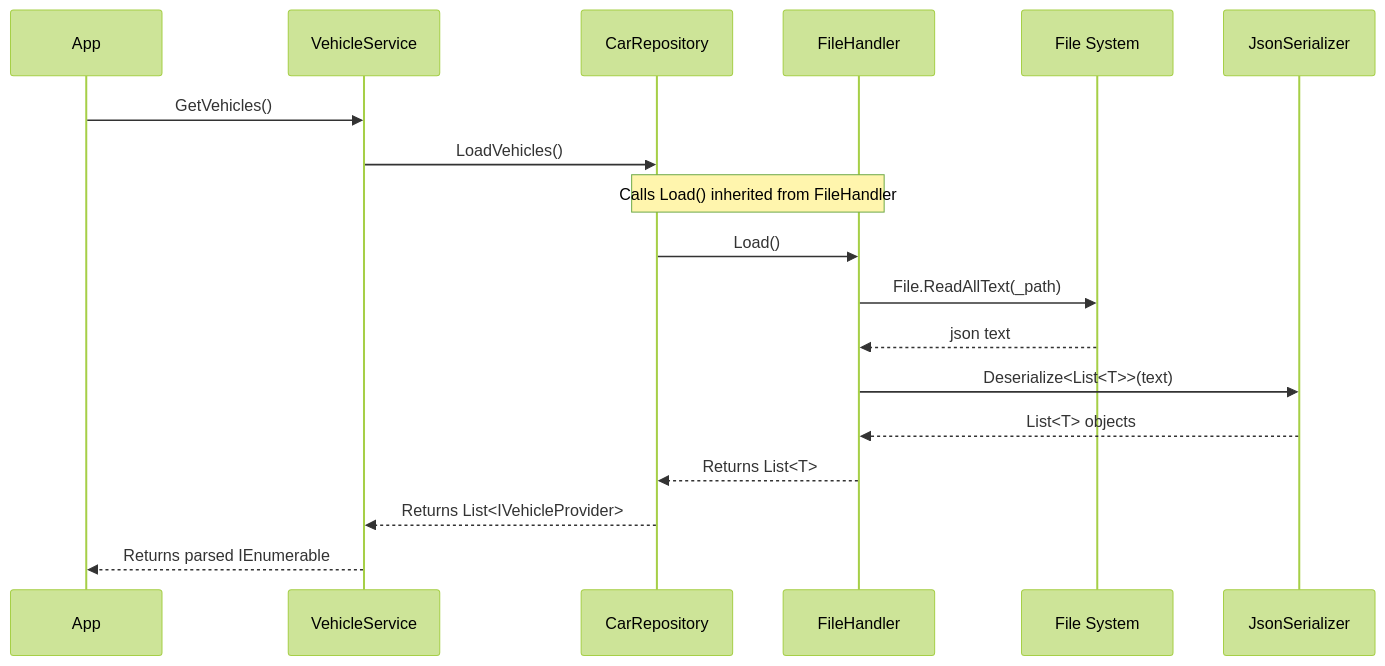
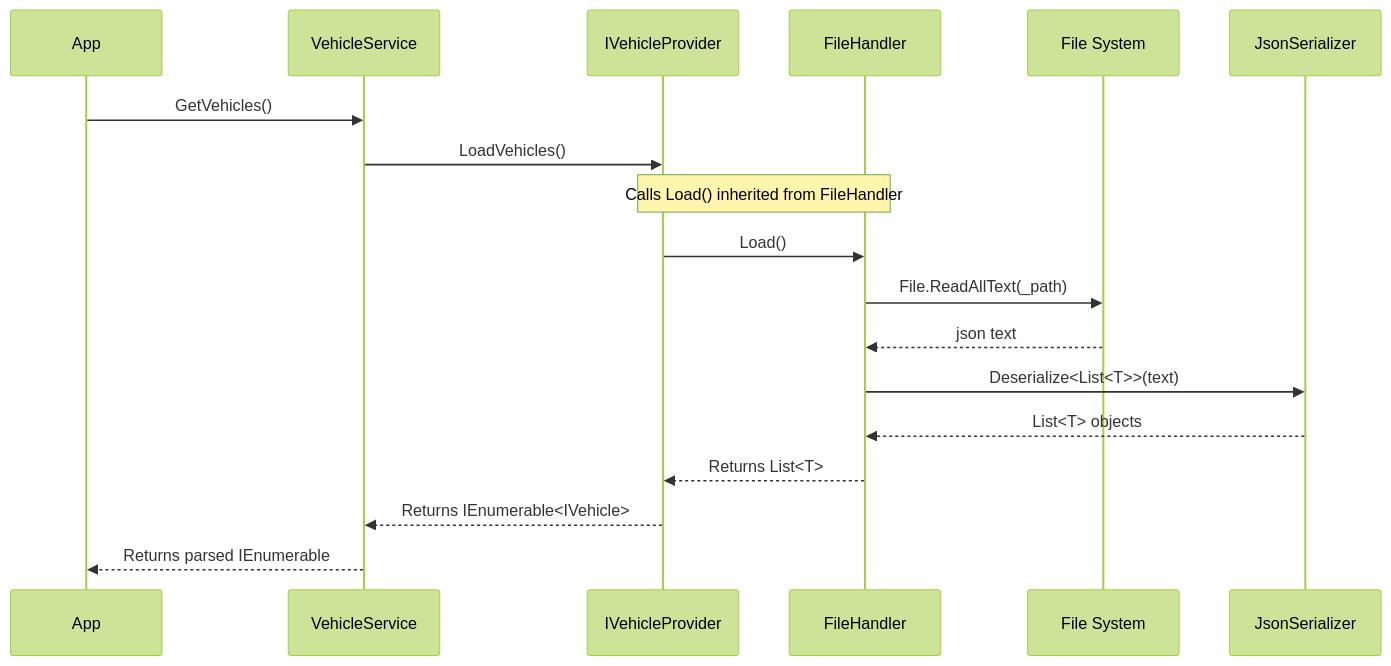
One commit to MatiasHeiberg/sibdat25-SysUd_SofArk_Project changed the second of 2 diagrams in docs/notes/System arkitektur (UML).md. Above: the diagram before and after it, drawn with Mermaid (forest theme). The commit also changed other lines of this file and 10 other files, not shown here.

````diff
--- a/docs/notes/System arkitektur (UML).md
+++ b/docs/notes/System arkitektur (UML).md
@@ -71,25 +74,25 @@
 ```mermaid
 sequenceDiagram
     participant App
     participant VS as VehicleService
-    participant Repo as CarRepository
+    participant Repo as IVehicleProvider
     participant FH as FileHandler
     participant FS as File System
     participant JSON as JsonSerializer
 
     App->>VS: GetVehicles()
     VS->>Repo: LoadVehicles()
     
     Note over Repo,FH: Calls Load() inherited from FileHandler
     Repo->>FH: Load()
     
     FH->>FS: File.ReadAllText(_path)
     FS-->>FH: json text
     
     FH->>JSON: Deserialize<List<T>>(text)
     JSON-->>FH: List<T> objects
     
     FH-->>Repo: Returns List<T>
-    Repo-->>VS: Returns List<IVehicleProvider>
+    Repo-->>VS: Returns IEnumerable<IVehicle>
     VS-->>App: Returns parsed IEnumerable
 ```
````
